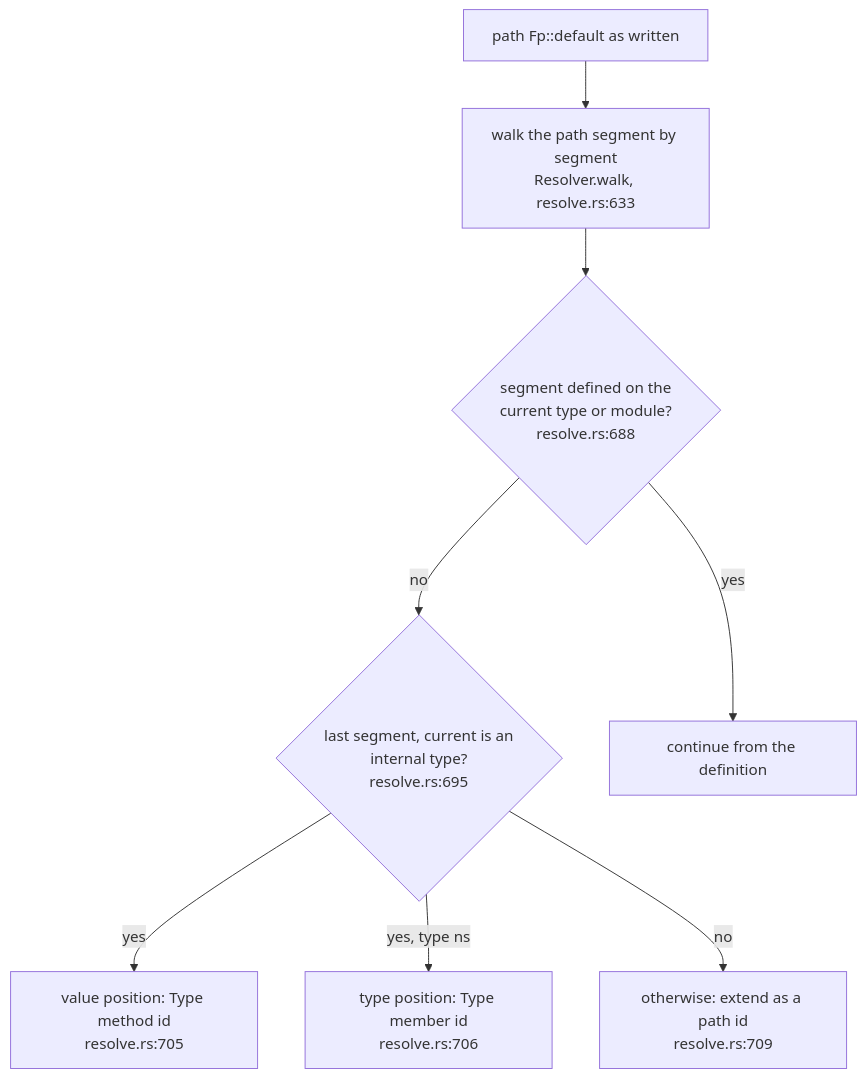
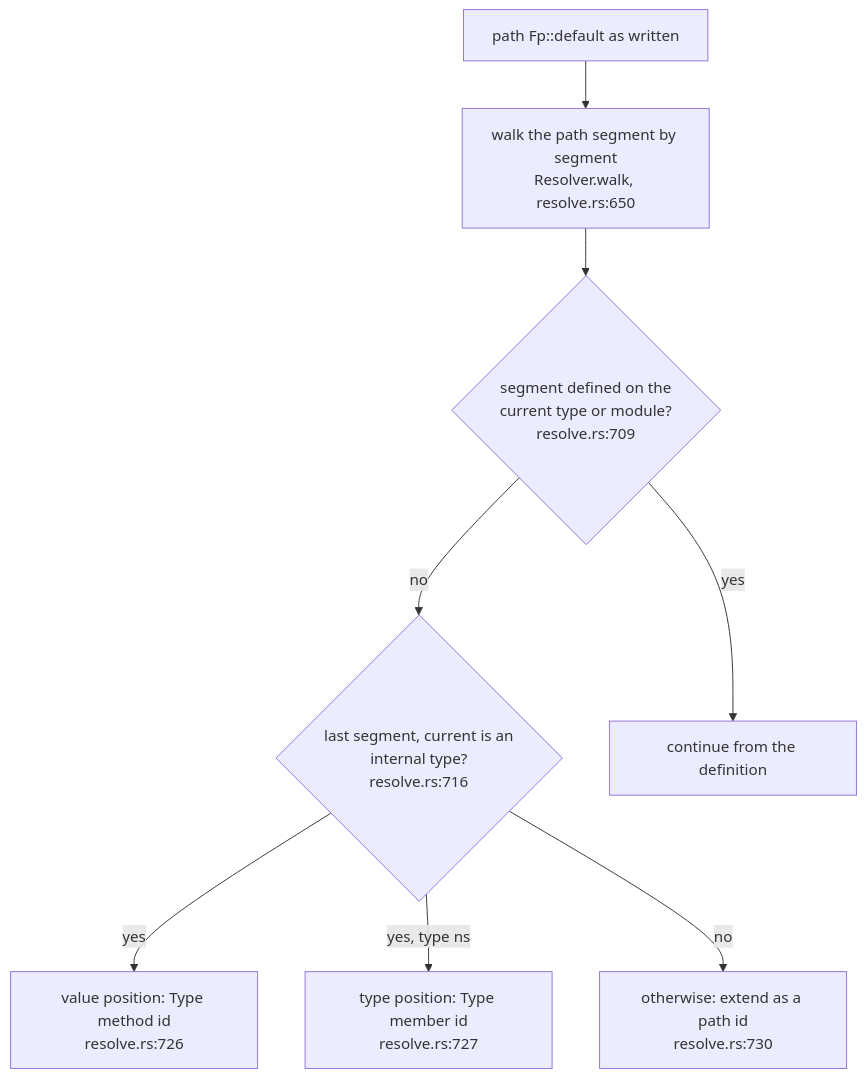
Before and after one commit to DreamLab-AI/codemaid: the fifth of 5 diagrams in docs/diagrams/extract/02-minting-ids-for-definitions.md, drawn with Mermaid. The commit also changed other lines of this file and 21 other files, not shown here.

````diff
--- a/docs/diagrams/extract/02-minting-ids-for-definitions.md
+++ b/docs/diagrams/extract/02-minting-ids-for-definitions.md
@@ -185,17 +191,17 @@
 ```mermaid
 flowchart TB
     P["path Fp::default as written"]
-    WK["walk the path segment by segment<br/>Resolver.walk, resolve.rs:633"]
-    KN{"segment defined on the<br/>current type or module?<br/>resolve.rs:688"}
-    LAST{"last segment, current is an<br/>internal type?<br/>resolve.rs:695"}
-    VAL["value position: Type method id<br/>resolve.rs:705"]
-    TY["type position: Type member id<br/>resolve.rs:706"]
-    EP["otherwise: extend as a path id<br/>resolve.rs:709"]
+    WK["walk the path segment by segment<br/>Resolver.walk, resolve.rs:650"]
+    KN{"segment defined on the<br/>current type or module?<br/>resolve.rs:709"}
+    LAST{"last segment, current is an<br/>internal type?<br/>resolve.rs:716"}
+    VAL["value position: Type method id<br/>resolve.rs:726"]
+    TY["type position: Type member id<br/>resolve.rs:727"]
+    EP["otherwise: extend as a path id<br/>resolve.rs:730"]
     NEXT["continue from the definition"]
     P --> WK --> KN
     KN -->|yes| NEXT
     KN -->|no| LAST
     LAST -->|yes| VAL
     LAST -->|yes, type ns| TY
     LAST -->|no| EP
 ```
````
